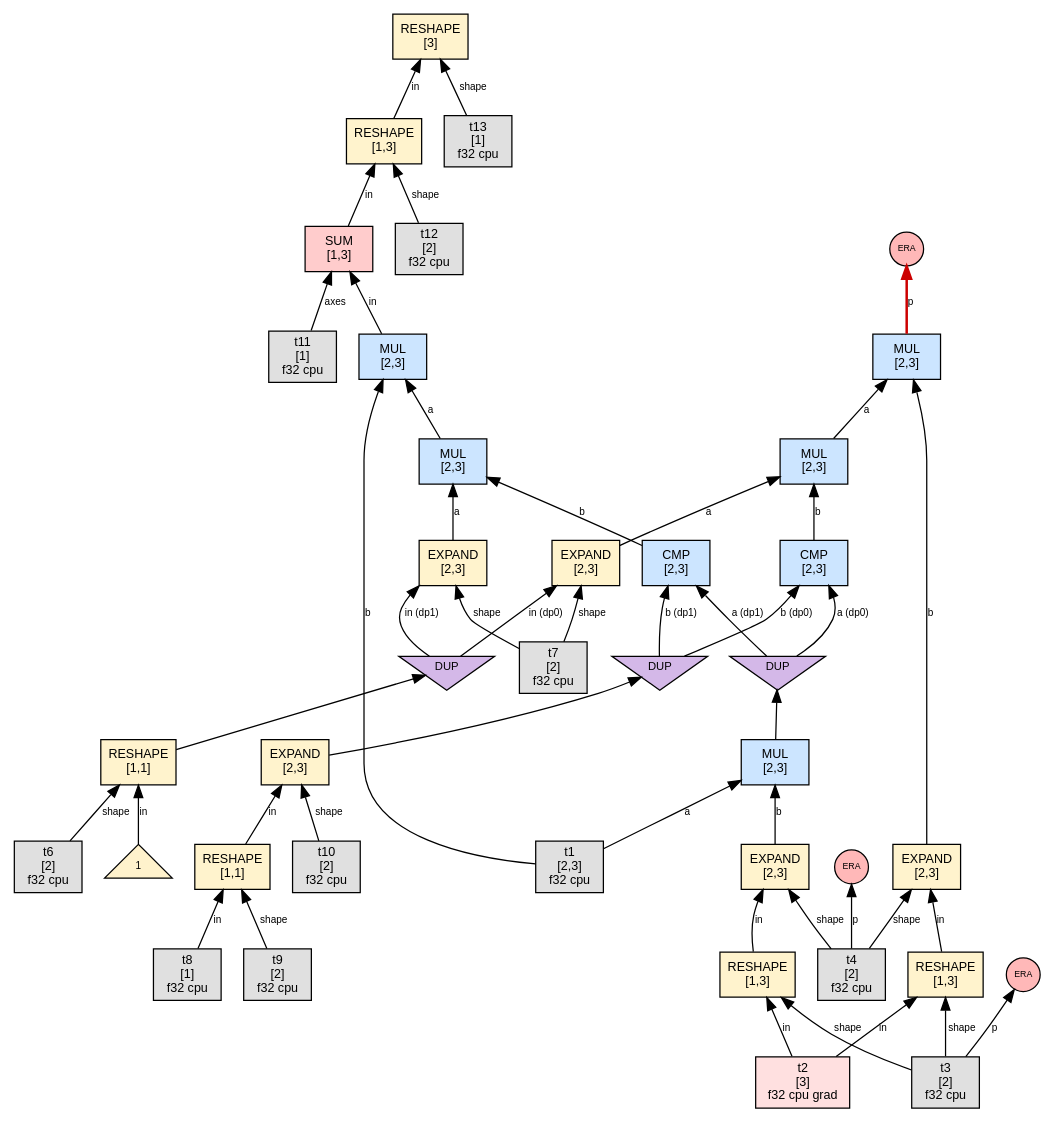
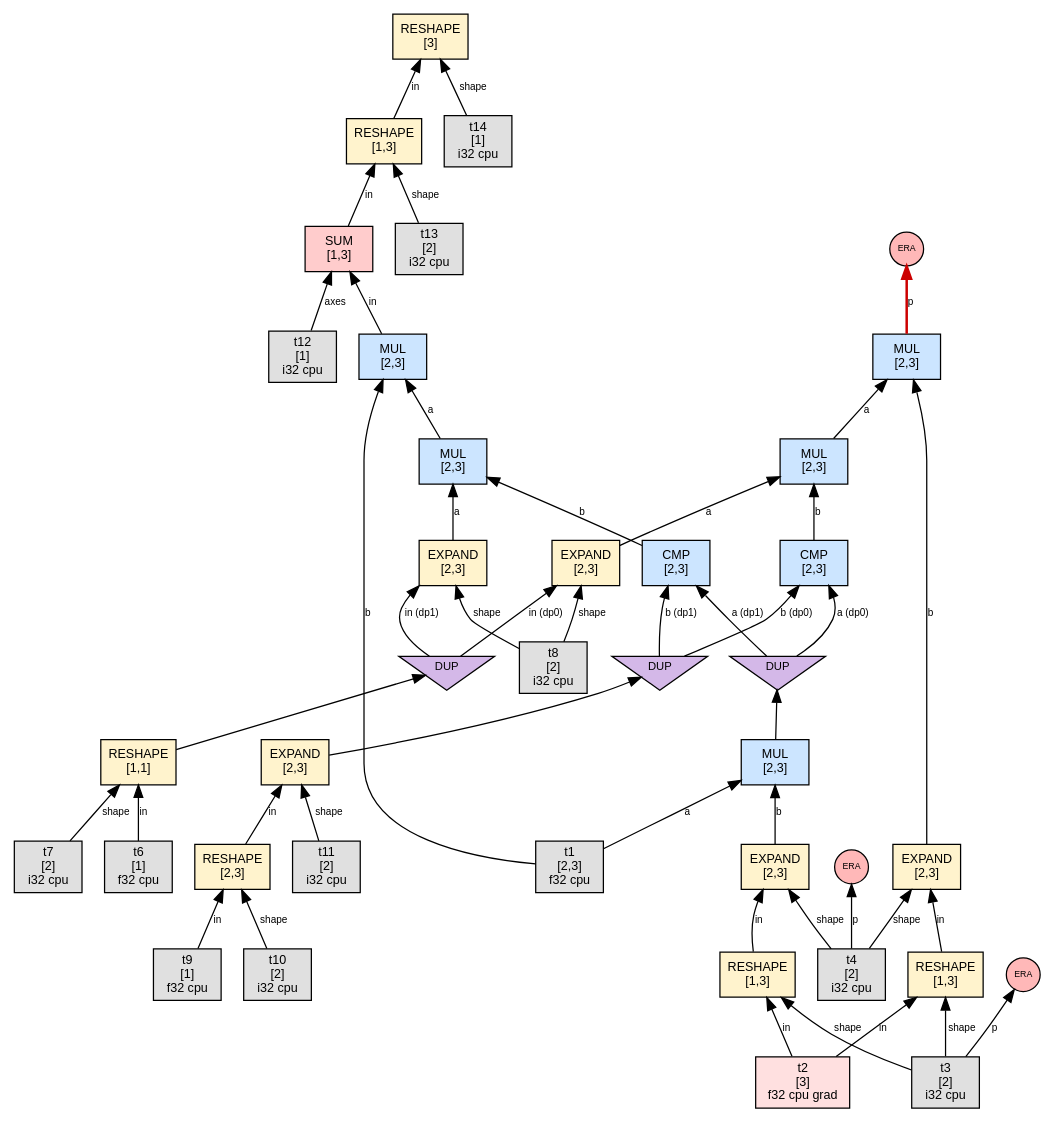
The diagram in phase1_graphs/tiny_single_param_keep/step_020_interact_DP0.dot (sw1sh/TinyHVM), drawn with Graphviz before and after one commit. The commit also changed 448 other files, not shown here.

First line of the commit message:
test: refresh archived phase graphs

```diff
--- a/phase1_graphs/tiny_single_param_keep/step_020_interact_DP0.dot
+++ b/phase1_graphs/tiny_single_param_keep/step_020_interact_DP0.dot
@@ -1,90 +1,90 @@
 digraph G {
   // PREV_INTERACTION: interact_DP0
   // NEXT_INTERACTION: interact_era_on_MUL
   rankdir=BT;
   node [fontname="Helvetica", fontsize=10, style=filled, shape=box, margin="0.1,0.05"];
   edge [fontsize=8, fontname="Helvetica"];
 
   n111 [label="RESHAPE\n[3]", shape=box, fillcolor="#fff3cd"];
   n95 -> n111 [label="in"];
-  t13 [label="t13\n[1]\nf32 cpu",shape=box,fillcolor="#e0e0e0"];
-  t13 -> n111 [label="shape"];
+  t14 [label="t14\n[1]\ni32 cpu",shape=box,fillcolor="#e0e0e0"];
+  t14 -> n111 [label="shape"];
   n26 [label="RESHAPE\n[1,1]", shape=box, fillcolor="#fff3cd"];
-  num26_0 [label="1",shape=triangle,fillcolor="#fff2cc",fontsize=8];
-  num26_0 -> n26 [label="in"];
-  t6 [label="t6\n[2]\nf32 cpu",shape=box,fillcolor="#e0e0e0"];
-  t6 -> n26 [label="shape"];
-  n39 [label="RESHAPE\n[1,1]", shape=box, fillcolor="#fff3cd"];
-  t8 [label="t8\n[1]\nf32 cpu",shape=box,fillcolor="#e0e0e0"];
-  t8 -> n39 [label="in"];
-  t9 [label="t9\n[2]\nf32 cpu",shape=box,fillcolor="#e0e0e0"];
-  t9 -> n39 [label="shape"];
+  t6 [label="t6\n[1]\nf32 cpu",shape=box,fillcolor="#e0e0e0"];
+  t6 -> n26 [label="in"];
+  t7 [label="t7\n[2]\ni32 cpu",shape=box,fillcolor="#e0e0e0"];
+  t7 -> n26 [label="shape"];
+  n39 [label="RESHAPE\n[2,3]", shape=box, fillcolor="#fff3cd"];
+  t9 [label="t9\n[1]\nf32 cpu",shape=box,fillcolor="#e0e0e0"];
+  t9 -> n39 [label="in"];
+  t10 [label="t10\n[2]\ni32 cpu",shape=box,fillcolor="#e0e0e0"];
+  t10 -> n39 [label="shape"];
   n53 [label="MUL\n[2,3]", shape=box, fillcolor="#cce5ff"];
   t1 [label="t1\n[2,3]\nf32 cpu",shape=box,fillcolor="#e0e0e0"];
   t1 -> n53 [label="a"];
   n71 -> n53 [label="b"];
   n43 [label="EXPAND\n[2,3]", shape=box, fillcolor="#fff3cd"];
   n39 -> n43 [label="in"];
-  t10 [label="t10\n[2]\nf32 cpu",shape=box,fillcolor="#e0e0e0"];
-  t10 -> n43 [label="shape"];
+  t11 [label="t11\n[2]\ni32 cpu",shape=box,fillcolor="#e0e0e0"];
+  t11 -> n43 [label="shape"];
   n71 [label="EXPAND\n[2,3]", shape=box, fillcolor="#fff3cd"];
   n101 -> n71 [label="in"];
-  t4 [label="t4\n[2]\nf32 cpu",shape=box,fillcolor="#e0e0e0"];
+  t4 [label="t4\n[2]\ni32 cpu",shape=box,fillcolor="#e0e0e0"];
   t4 -> n71 [label="shape"];
   n76 [label="MUL\n[2,3]", shape=box, fillcolor="#cce5ff"];
   n117 -> n76 [label="a"];
   n122 -> n76 [label="b"];
   n82 [label="EXPAND\n[2,3]", shape=box, fillcolor="#fff3cd"];
   n105 -> n82 [label="in"];
   t4 -> n82 [label="shape"];
   n78 [label="MUL\n[2,3]", shape=box, fillcolor="#cce5ff"];
   n119 -> n78 [label="a"];
   n124 -> n78 [label="b"];
   n101 [label="RESHAPE\n[1,3]", shape=box, fillcolor="#fff3cd"];
   t2 [label="t2\n[3]\nf32 cpu grad",shape=box,fillcolor="#ffe0e0"];
   t2 -> n101 [label="in"];
-  t3 [label="t3\n[2]\nf32 cpu",shape=box,fillcolor="#e0e0e0"];
+  t3 [label="t3\n[2]\ni32 cpu",shape=box,fillcolor="#e0e0e0"];
   t3 -> n101 [label="shape"];
   n117 [label="EXPAND\n[2,3]", shape=box, fillcolor="#fff3cd"];
   dup121 [label="DUP", shape=invtriangle, fillcolor="#d4b8e8", fontsize=9, width=0.7, height=0.5];
   n26 -> dup121;
   dup121 -> n117 [label="in (dp0)"];
-  t7 [label="t7\n[2]\nf32 cpu",shape=box,fillcolor="#e0e0e0"];
-  t7 -> n117 [label="shape"];
+  t8 [label="t8\n[2]\ni32 cpu",shape=box,fillcolor="#e0e0e0"];
+  t8 -> n117 [label="shape"];
   n122 [label="CMP\n[2,3]", shape=box, fillcolor="#cce5ff"];
   dup126 [label="DUP", shape=invtriangle, fillcolor="#d4b8e8", fontsize=9, width=0.7, height=0.5];
   n53 -> dup126;
   dup126 -> n122 [label="a (dp0)"];
   dup127 [label="DUP", shape=invtriangle, fillcolor="#d4b8e8", fontsize=9, width=0.7, height=0.5];
   n43 -> dup127;
   dup127 -> n122 [label="b (dp0)"];
   n119 [label="EXPAND\n[2,3]", shape=box, fillcolor="#fff3cd"];
   dup121 -> n119 [label="in (dp1)"];
-  t7 -> n119 [label="shape"];
+  t8 -> n119 [label="shape"];
   n124 [label="CMP\n[2,3]", shape=box, fillcolor="#cce5ff"];
   dup126 -> n124 [label="a (dp1)"];
   dup127 -> n124 [label="b (dp1)"];
   n105 [label="RESHAPE\n[1,3]", shape=box, fillcolor="#fff3cd"];
   t2 -> n105 [label="in"];
   t3 -> n105 [label="shape"];
   n61 [label="MUL\n[2,3]", shape=box, fillcolor="#cce5ff"];
   n76 -> n61 [label="a"];
   n82 -> n61 [label="b"];
   era88 [label="ERA",shape=circle,width=0.38,height=0.38,fixedsize=true,fillcolor="#ffb8b8",fontsize=7];
   n61 -> era88 [label="p",color="#cc0000",penwidth=2.0];
   era90 [label="ERA",shape=circle,width=0.38,height=0.38,fixedsize=true,fillcolor="#ffb8b8",fontsize=7];
   t4 -> era90 [label="p"];
   n63 [label="MUL\n[2,3]", shape=box, fillcolor="#cce5ff"];
   n78 -> n63 [label="a"];
   t1 -> n63 [label="b"];
   n91 [label="SUM\n[1,3]", shape=box, fillcolor="#ffcccc"];
   n63 -> n91 [label="in"];
-  t11 [label="t11\n[1]\nf32 cpu",shape=box,fillcolor="#e0e0e0"];
-  t11 -> n91 [label="axes"];
+  t12 [label="t12\n[1]\ni32 cpu",shape=box,fillcolor="#e0e0e0"];
+  t12 -> n91 [label="axes"];
   era110 [label="ERA",shape=circle,width=0.38,height=0.38,fixedsize=true,fillcolor="#ffb8b8",fontsize=7];
   t3 -> era110 [label="p"];
   n95 [label="RESHAPE\n[1,3]", shape=box, fillcolor="#fff3cd"];
   n91 -> n95 [label="in"];
-  t12 [label="t12\n[2]\nf32 cpu",shape=box,fillcolor="#e0e0e0"];
-  t12 -> n95 [label="shape"];
+  t13 [label="t13\n[2]\ni32 cpu",shape=box,fillcolor="#e0e0e0"];
+  t13 -> n95 [label="shape"];
 }
```
